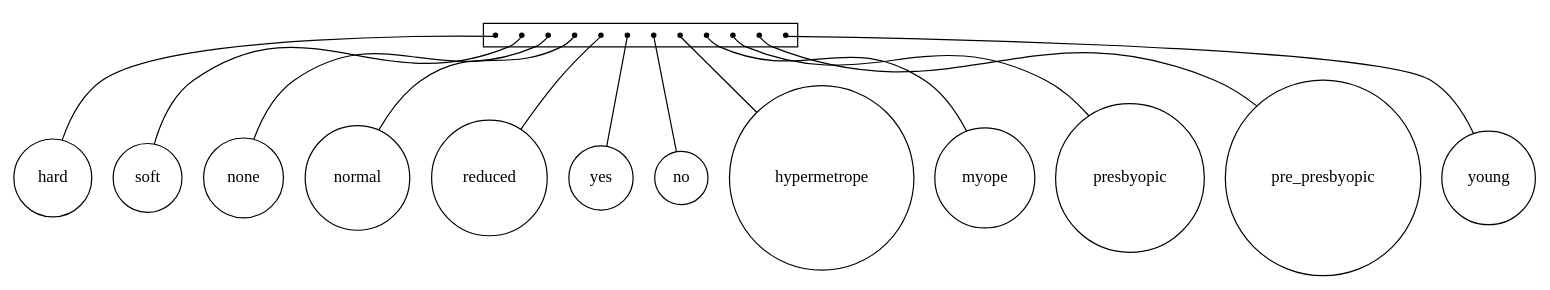
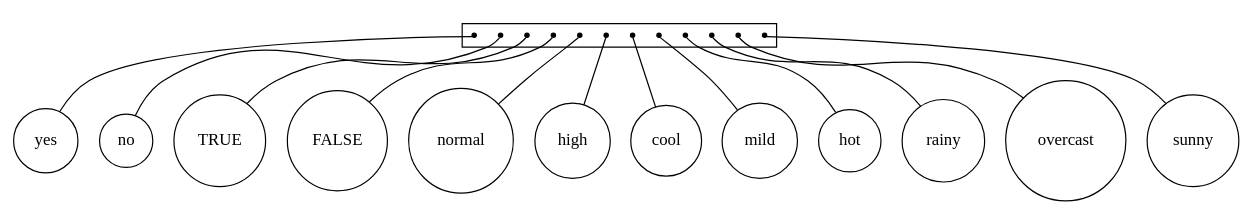
One commit to lrodrin/TFG changed the diagram in src/extension/exponential_2-structure.dot. Above: the diagram before and after it, drawn with Graphviz. The commit also changed 8 other files, not shown here.

```diff
--- a/src/extension/exponential_2-structure.dot
+++ b/src/extension/exponential_2-structure.dot
@@ -1,47 +1,47 @@
 strict digraph "exponential_2-structure" {
 compound=true;
 fontname=Verdana;
 fontsize=12;
 newrank=true;
 node [shape=circle];
-hard;
-soft;
-none;
-normal;
-reduced;
 yes;
 no;
-hypermetrope;
-myope;
-presbyopic;
-pre_presbyopic;
-young;
-subgraph cluster_hardreducedyoungsoftpre_presbyopicpresbyopicmyopeyeshypermetropenononenormal {
+TRUE;
+FALSE;
+normal;
+high;
+cool;
+mild;
+hot;
+rainy;
+overcast;
+sunny;
+subgraph cluster_mildFALSETRUEnoyesovercastnormalrainyhotcoolsunnyhigh {
 node [shape=point];
-s_hard;
-s_soft;
-s_none;
-s_normal;
-s_reduced;
 s_yes;
 s_no;
-s_hypermetrope;
-s_myope;
-s_presbyopic;
-s_pre_presbyopic;
-s_young;
+s_TRUE;
+s_FALSE;
+s_normal;
+s_high;
+s_cool;
+s_mild;
+s_hot;
+s_rainy;
+s_overcast;
+s_sunny;
 }
 
-s_hard -> hard  [arrowhead=none];
-s_soft -> soft  [arrowhead=none];
-s_none -> none  [arrowhead=none];
-s_normal -> normal  [arrowhead=none];
-s_reduced -> reduced  [arrowhead=none];
 s_yes -> yes  [arrowhead=none];
 s_no -> no  [arrowhead=none];
-s_hypermetrope -> hypermetrope  [arrowhead=none];
-s_myope -> myope  [arrowhead=none];
-s_presbyopic -> presbyopic  [arrowhead=none];
-s_pre_presbyopic -> pre_presbyopic  [arrowhead=none];
-s_young -> young  [arrowhead=none];
+s_TRUE -> TRUE  [arrowhead=none];
+s_FALSE -> FALSE  [arrowhead=none];
+s_normal -> normal  [arrowhead=none];
+s_high -> high  [arrowhead=none];
+s_cool -> cool  [arrowhead=none];
+s_mild -> mild  [arrowhead=none];
+s_hot -> hot  [arrowhead=none];
+s_rainy -> rainy  [arrowhead=none];
+s_overcast -> overcast  [arrowhead=none];
+s_sunny -> sunny  [arrowhead=none];
 }
```
